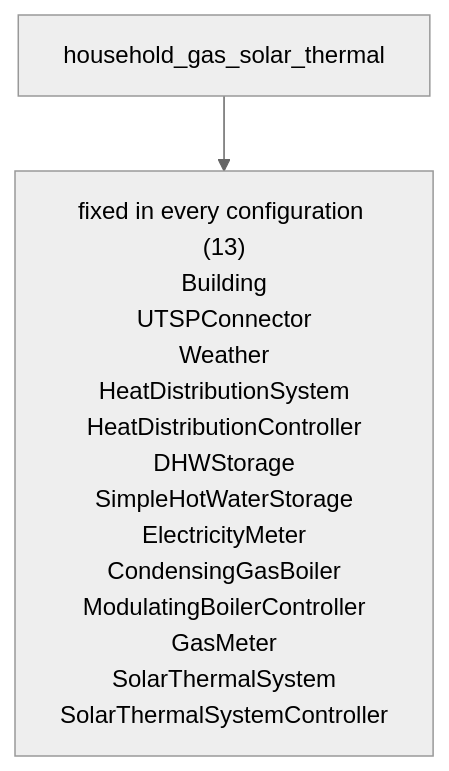
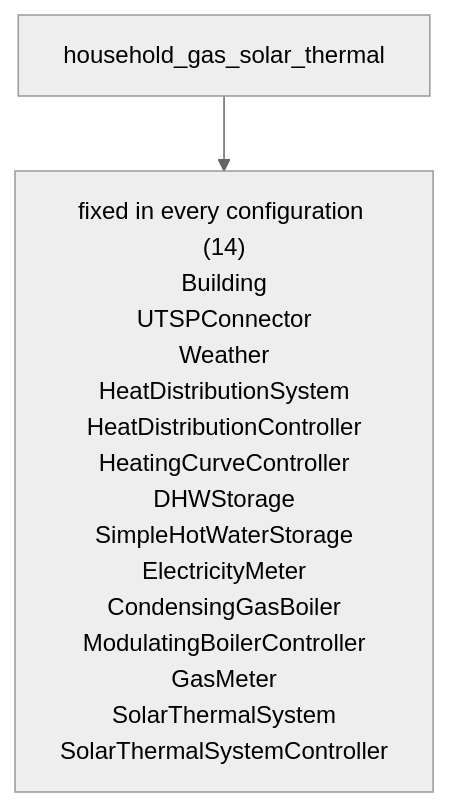
The fourth of 22 diagrams in roadmap/declarative_energy_systems/grouping_overview.md (FZJ-IEK3-VSA/HiSim), drawn with Mermaid (neutral theme) before and after one commit. The commit also changed other lines of this file and 114 other files, not shown here.

````diff
--- a/roadmap/declarative_energy_systems/grouping_overview.md
+++ b/roadmap/declarative_energy_systems/grouping_overview.md
@@ -216,7 +216,7 @@
 ```mermaid
 flowchart TD
     setup["household_gas_solar_thermal"]
-    fixed["fixed in every configuration (13)<br/>Building<br/>UTSPConnector<br/>Weather<br/>HeatDistributionSystem<br/>HeatDistributionController<br/>DHWStorage<br/>SimpleHotWaterStorage<br/>ElectricityMeter<br/>CondensingGasBoiler<br/>ModulatingBoilerController<br/>GasMeter<br/>SolarThermalSystem<br/>SolarThermalSystemController"]
+    fixed["fixed in every configuration (14)<br/>Building<br/>UTSPConnector<br/>Weather<br/>HeatDistributionSystem<br/>HeatDistributionController<br/>HeatingCurveController<br/>DHWStorage<br/>SimpleHotWaterStorage<br/>ElectricityMeter<br/>CondensingGasBoiler<br/>ModulatingBoilerController<br/>GasMeter<br/>SolarThermalSystem<br/>SolarThermalSystemController"]
 
     setup --> fixed
 ```
````
